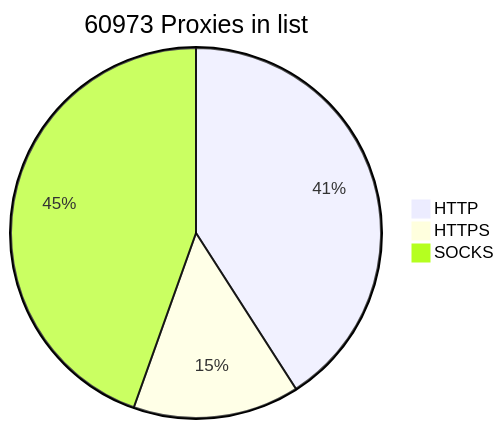
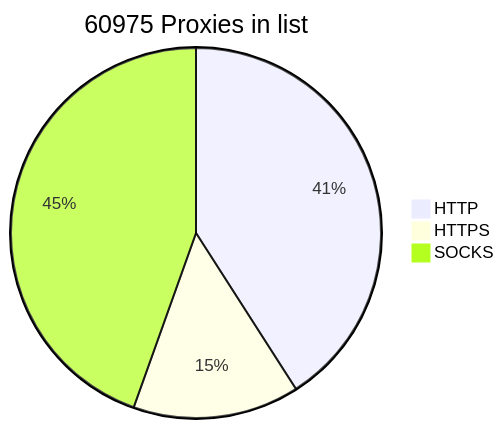
The diagram in README.md (BlackSnowDot/proxylist-update-every-minute), drawn with Mermaid before and after one commit.

````diff
--- a/README.md
+++ b/README.md
@@ -2,6 +2,6 @@
 ```mermaid
-pie title 60973 Proxies in list
-    "HTTP" : 28265
-    "HTTPS": 10034
+pie title 60975 Proxies in list
+    "HTTP" : 28274
+    "HTTPS": 10039
     "SOCKS" : 30766
 ```
````
